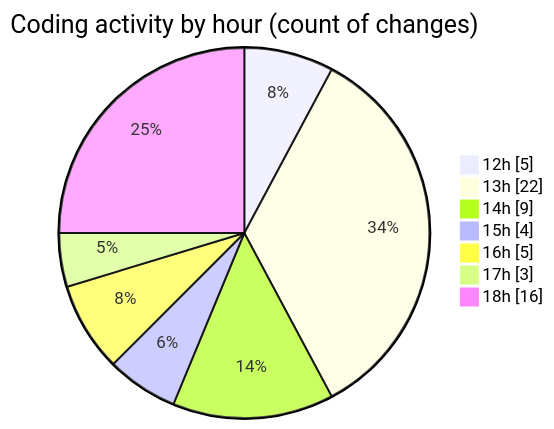
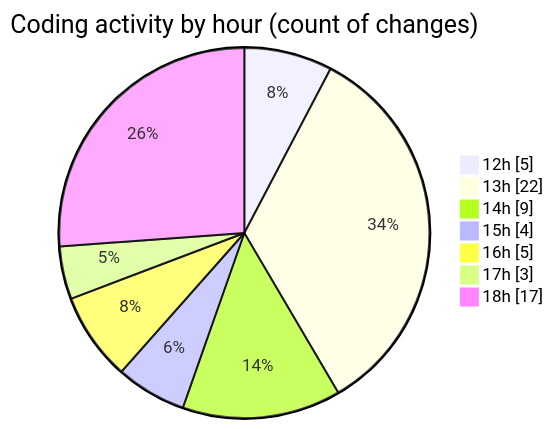
The second of 2 diagrams in 2025-04-19/myws__workspace_/README.md (MatusMokan/code-tracking), drawn with Mermaid before and after one commit. The commit also changed other lines of this file and 1 other file, not shown here.

````diff
--- a/2025-04-19/myws__workspace_/README.md
+++ b/2025-04-19/myws__workspace_/README.md
@@ -32,11 +32,11 @@
 ```mermaid
 pie showData
 title Coding activity by hour (count of changes)
 "12h" : 5
 "13h" : 22
 "14h" : 9
 "15h" : 4
 "16h" : 5
 "17h" : 3
-"18h" : 16
+"18h" : 17
 ```
````
